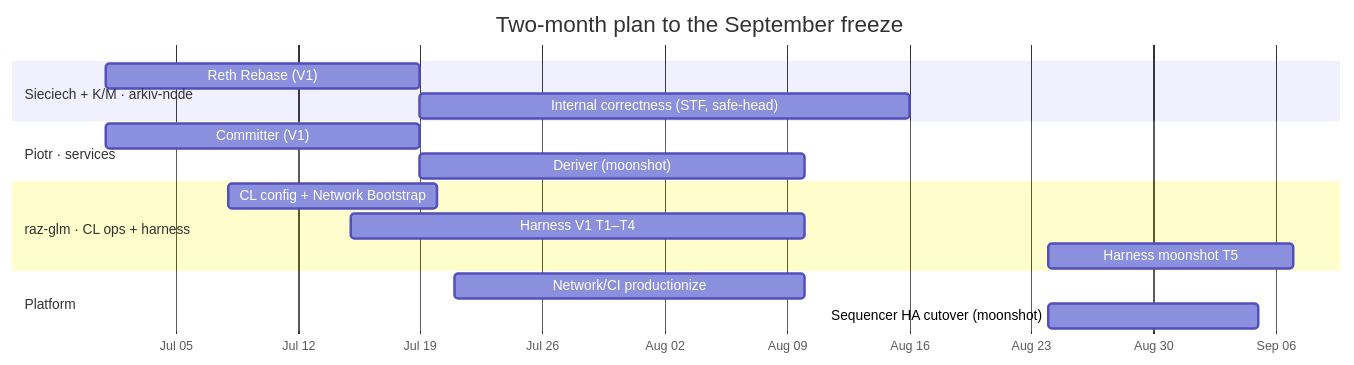
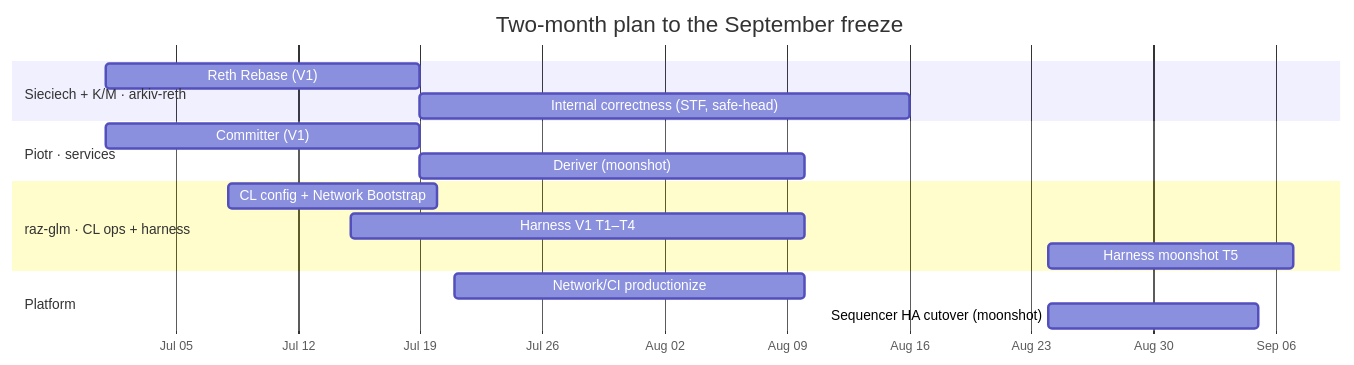
Before and after one commit to Arkiv-Network/arkiv: the fifth of 7 diagrams in docs/september-action-plan.md, drawn with Mermaid. The commit also changed other lines of this file, not shown here.

Commit message:
docs: rename arkiv-node to arkiv-reth in the September action plan (#54)

````diff
--- a/docs/september-action-plan.md
+++ b/docs/september-action-plan.md
@@ -224,19 +224,19 @@
 ```mermaid
 gantt
   title Two-month plan to the September freeze
   dateFormat YYYY-MM-DD
   axisFormat %b %d
-  section Sieciech + K/M · arkiv-node
+  section Sieciech + K/M · arkiv-reth
   Reth Rebase (V1)                  :s0, 2026-07-01, 18d
   Internal correctness (STF, safe-head) :after s0, 28d
   section Piotr · services
   Committer (V1)                    :s5, 2026-07-01, 18d
   Deriver (moonshot)                :after s5, 22d
   section raz-glm · CL ops + harness
   CL config + Network Bootstrap     :2026-07-08, 12d
   Harness V1  T1–T4                 :2026-07-15, 26d
   Harness moonshot  T5             :2026-08-24, 14d
   section Platform
   Network/CI productionize          :2026-07-21, 20d
   Sequencer HA cutover (moonshot)   :2026-08-24, 12d
 ```
````
